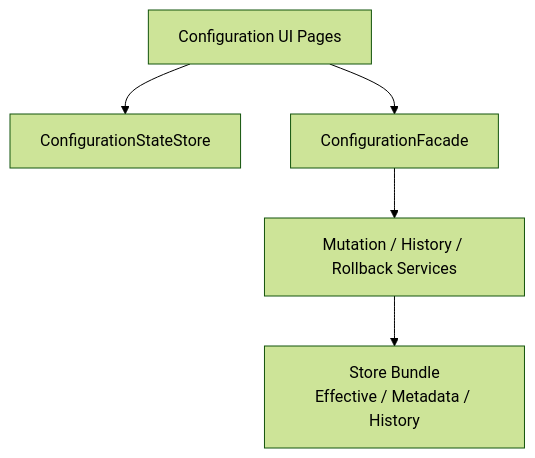
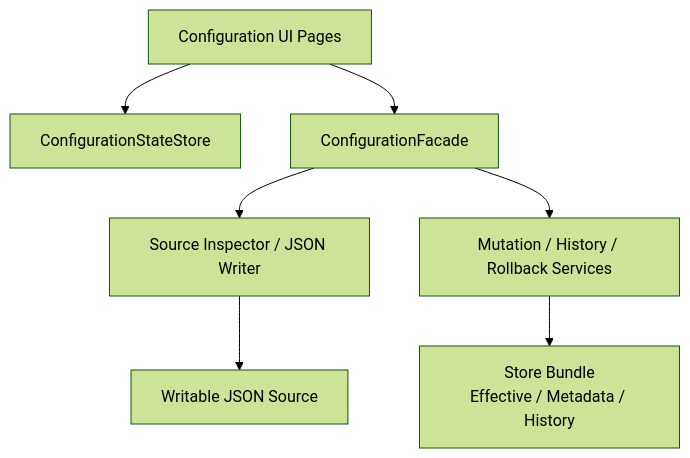
Before and after one commit to Tairitsua/Monica.Docs: the diagram in docs/zh-CN/modules/configuration-ui/guide-and-providers.md, drawn with Mermaid (forest theme). The commit also changed other lines of this file and 10 other files, not shown here.

````diff
--- a/docs/zh-CN/modules/configuration-ui/guide-and-providers.md
+++ b/docs/zh-CN/modules/configuration-ui/guide-and-providers.md
@@ -35,13 +55,15 @@
 ```mermaid
 flowchart TB
     ui["Configuration UI Pages"]
     state["ConfigurationStateStore"]
     facade["ConfigurationFacade"]
+    source["Source Inspector / JSON Writer"]
     services["Mutation / History / Rollback Services"]
     stores["Store Bundle<br/>Effective / Metadata / History"]
+    json["Writable JSON Source"]
 
     ui --> state
     ui --> facade
-    facade --> services
-    services --> stores
+    facade --> source --> json
+    facade --> services --> stores
 ```
````
